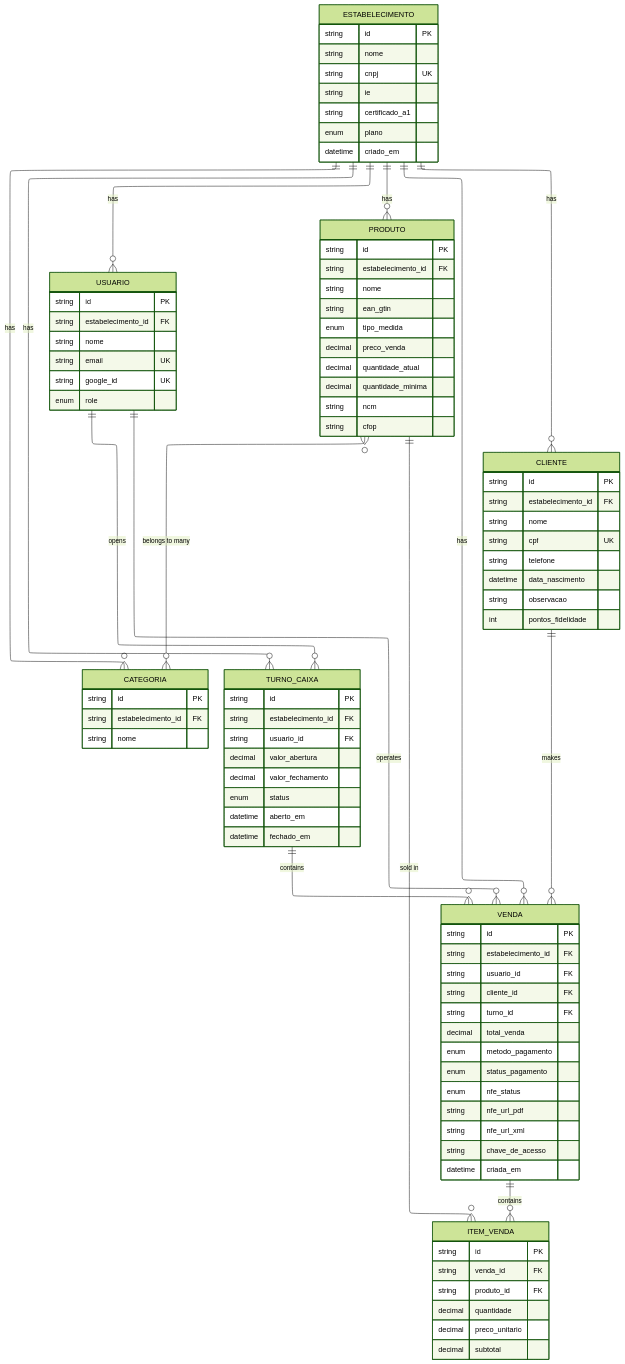
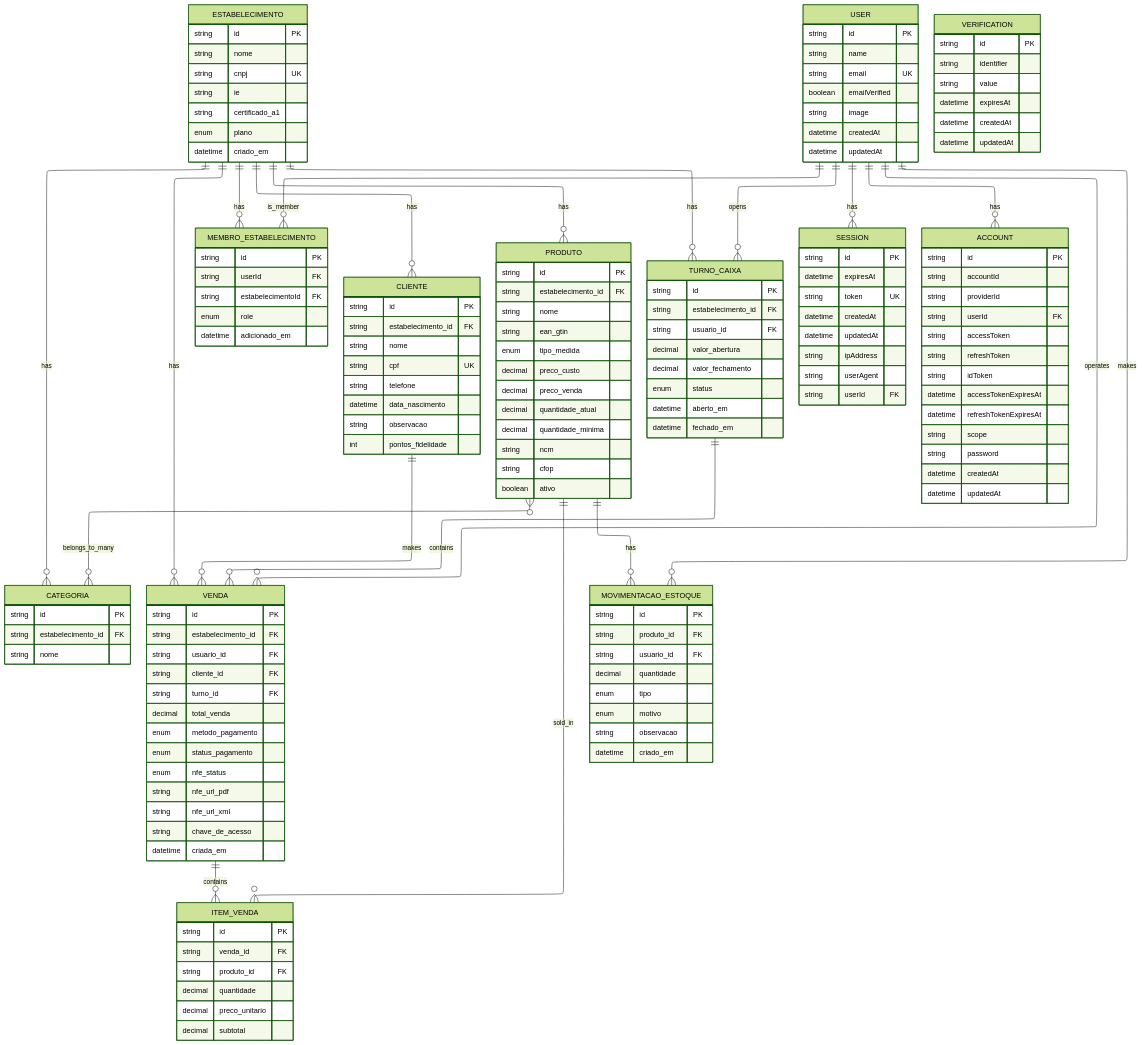
Before and after one commit to gustavuhh1/estoque-pay-api: the diagram in docs/ESTABELECIMENTO Entity-2026-08-11-185104.mmd, drawn with Mermaid. The commit also changed 10 other files, not shown here.

Commit message:
config: ajustando configurações do banco de dados e schema

```diff
--- a/docs/ESTABELECIMENTO Entity-2026-08-11-185104.mmd
+++ b/docs/ESTABELECIMENTO Entity-2026-08-11-185104.mmd
@@ -1,97 +1,155 @@
 ---
 config:
   layout: elk
   theme: forest
 ---
 erDiagram
-    ESTABELECIMENTO ||--o{ USUARIO : has
+    ESTABELECIMENTO ||--o{ MEMBRO_ESTABELECIMENTO : has
+    USER ||--o{ MEMBRO_ESTABELECIMENTO : is_member
     ESTABELECIMENTO ||--o{ CLIENTE : has
     ESTABELECIMENTO ||--o{ PRODUTO : has
     ESTABELECIMENTO ||--o{ CATEGORIA : has
     ESTABELECIMENTO ||--o{ TURNO_CAIXA : has
     ESTABELECIMENTO ||--o{ VENDA : has
-    USUARIO ||--o{ TURNO_CAIXA : opens
-    USUARIO ||--o{ VENDA : operates
+    USER ||--o{ SESSION : has
+    USER ||--o{ ACCOUNT : has
+    USER ||--o{ TURNO_CAIXA : opens
+    USER ||--o{ VENDA : operates
+    USER ||--o{ MOVIMENTACAO_ESTOQUE : makes
+    PRODUTO ||--o{ MOVIMENTACAO_ESTOQUE : has
     CLIENTE ||--o{ VENDA : makes
     TURNO_CAIXA ||--o{ VENDA : contains
-    PRODUTO }o--o{ CATEGORIA : "belongs to many"
-    PRODUTO ||--o{ ITEM_VENDA : "sold in"
+    PRODUTO }o--o{ CATEGORIA : belongs_to_many
+    PRODUTO ||--o{ ITEM_VENDA : sold_in
     VENDA ||--o{ ITEM_VENDA : contains
 
-    VENDA {
-        string id PK
-        string estabelecimento_id FK
-        string usuario_id FK
-        string cliente_id FK
-        string turno_id FK
-        decimal total_venda
-        enum metodo_pagamento
-        enum status_pagamento
-        enum nfe_status
-        string nfe_url_pdf
-        string nfe_url_xml
-        string chave_de_acesso
-        datetime criada_em
-    }
     ESTABELECIMENTO {
         string id PK
         string nome
         string cnpj UK
         string ie
         string certificado_a1
         enum plano
         datetime criado_em
     }
-    USUARIO {
+    USER {
         string id PK
-        string estabelecimento_id FK
-        string nome
+        string name
         string email UK
-        string google_id UK
+        boolean emailVerified
+        string image
+        datetime createdAt
+        datetime updatedAt
+    }
+    MEMBRO_ESTABELECIMENTO {
+        string id PK
+        string userId FK
+        string estabelecimentoId FK
         enum role
+        datetime adicionado_em
+    }
+    SESSION {
+        string id PK
+        datetime expiresAt
+        string token UK
+        datetime createdAt
+        datetime updatedAt
+        string ipAddress
+        string userAgent
+        string userId FK
+    }
+    ACCOUNT {
+        string id PK
+        string accountId
+        string providerId
+        string userId FK
+        string accessToken
+        string refreshToken
+        string idToken
+        datetime accessTokenExpiresAt
+        datetime refreshTokenExpiresAt
+        string scope
+        string password
+        datetime createdAt
+        datetime updatedAt
+    }
+    VERIFICATION {
+        string id PK
+        string identifier
+        string value
+        datetime expiresAt
+        datetime createdAt
+        datetime updatedAt
     }
     CLIENTE {
         string id PK
         string estabelecimento_id FK
         string nome
         string cpf UK
         string telefone
         datetime data_nascimento
         string observacao
         int pontos_fidelidade
     }
     PRODUTO {
         string id PK
         string estabelecimento_id FK
         string nome
         string ean_gtin
         enum tipo_medida
+        decimal preco_custo
         decimal preco_venda
         decimal quantidade_atual
         decimal quantidade_minima
         string ncm
         string cfop
+        boolean ativo
     }
     CATEGORIA {
         string id PK
         string estabelecimento_id FK
         string nome
+    }
+    MOVIMENTACAO_ESTOQUE {
+        string id PK
+        string produto_id FK
+        string usuario_id FK
+        decimal quantidade
+        enum tipo
+        enum motivo
+        string observacao
+        datetime criado_em
     }
     TURNO_CAIXA {
         string id PK
         string estabelecimento_id FK
         string usuario_id FK
         decimal valor_abertura
         decimal valor_fechamento
         enum status
         datetime aberto_em
         datetime fechado_em
     }
+    VENDA {
+        string id PK
+        string estabelecimento_id FK
+        string usuario_id FK
+        string cliente_id FK
+        string turno_id FK
+        decimal total_venda
+        enum metodo_pagamento
+        enum status_pagamento
+        enum nfe_status
+        string nfe_url_pdf
+        string nfe_url_xml
+        string chave_de_acesso
+        datetime criada_em
+    }
     ITEM_VENDA {
         string id PK
         string venda_id FK
         string produto_id FK
         decimal quantidade
         decimal preco_unitario
         decimal subtotal
     }
```
